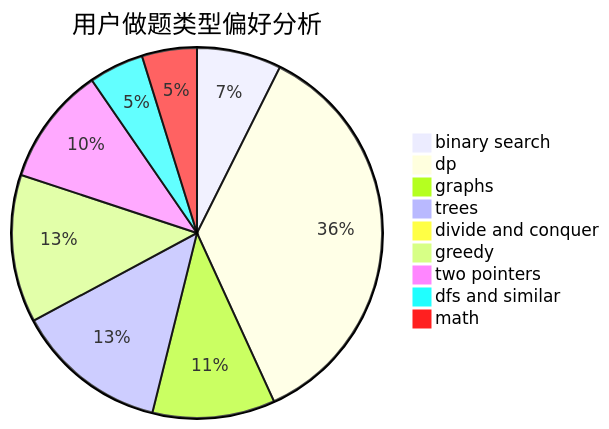
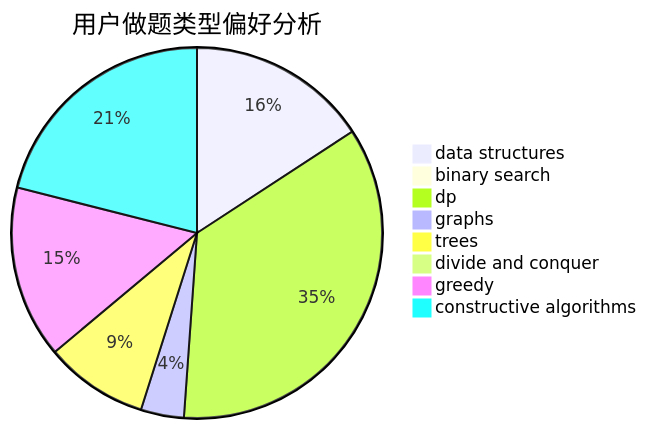
One commit to sherpahu/cfrs.github.io changed the second of 3 diagrams in docs/user/u1902.md. Above: the diagram before and after it, drawn with Mermaid. The commit also changed other lines of this file and 2775 other files, not shown here.

````diff
--- a/docs/user/u1902.md
+++ b/docs/user/u1902.md
@@ -23,12 +23,11 @@
 ```mermaid
 pie title 用户做题类型偏好分析
-    "binary search" :  20
-    "dp" :  97
-    "graphs" :  29
-    "trees" :  36
+    "data structures" :  21
+    "binary search" :  0
+    "dp" :  47
+    "graphs" :  5
+    "trees" :  12
     "divide and conquer" :  0
-    "greedy" :  35
-    "two pointers" :  28
-    "dfs and similar" :  13
-    "math" :  13
+    "greedy" :  20
+    "constructive algorithms" :  28
 ```
````
